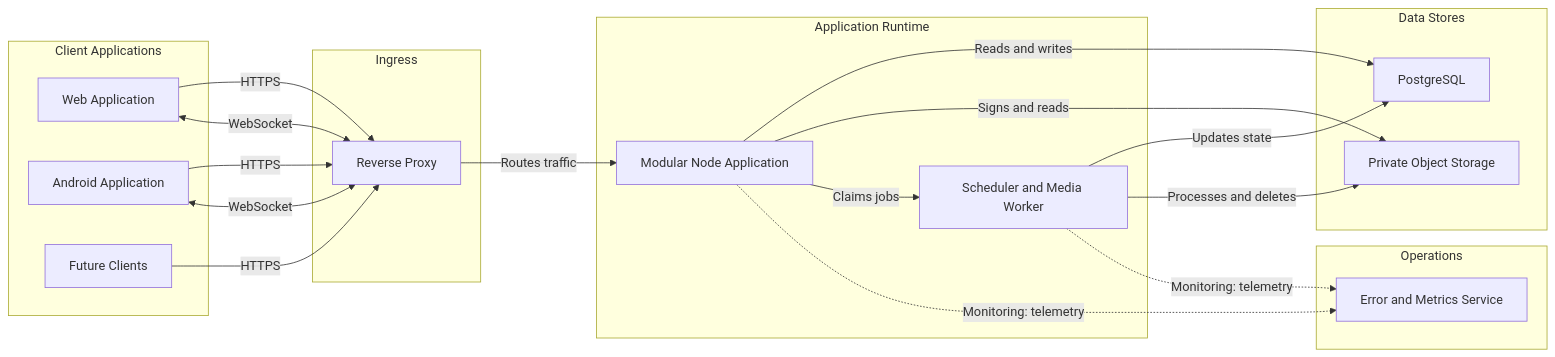
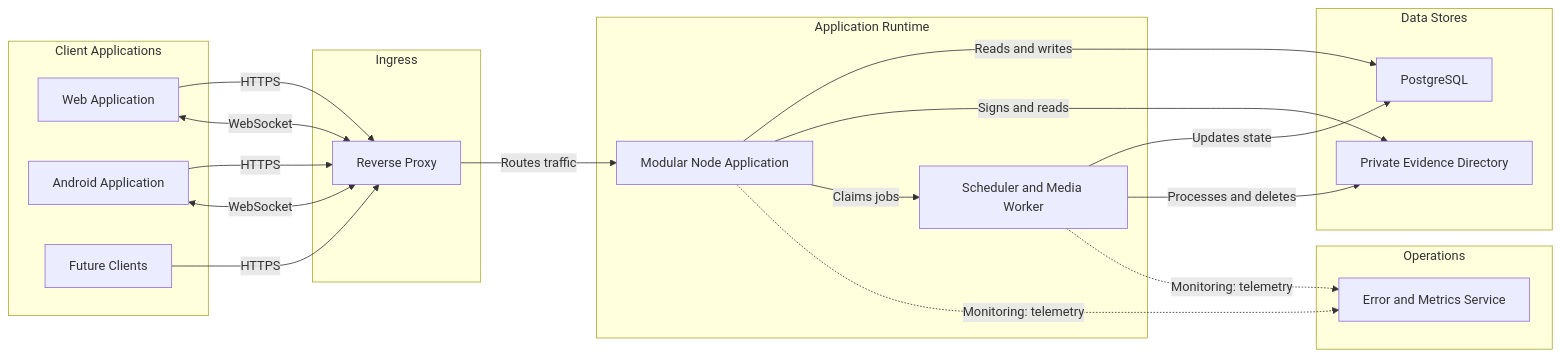
The diagram in docs/ARCHITECTURE.md (VivekYadav-77/Imposter), drawn with Mermaid before and after one commit. The commit also changed other lines of this file and 19 other files, not shown here.

````diff
--- a/docs/ARCHITECTURE.md
+++ b/docs/ARCHITECTURE.md
@@ -15,36 +15,36 @@
 ```mermaid
 flowchart LR
     subgraph client ["Client Applications"]
         web[Web Application]
         android[Android Application]
         future[Future Clients]
     end
     subgraph gateway ["Ingress"]
         proxy[Reverse Proxy]
     end
     subgraph service ["Application Runtime"]
         app[Modular Node Application]
         worker[Scheduler and Media Worker]
     end
     subgraph datastore ["Data Stores"]
         postgres[PostgreSQL]
-        objects[Private Object Storage]
+        objects[Private Evidence Directory]
     end
     subgraph external ["Operations"]
         monitoring[Error and Metrics Service]
     end
 
     web -->|"HTTPS"| proxy
     android -->|"HTTPS"| proxy
     future -->|"HTTPS"| proxy
     web <-->|"WebSocket"| proxy
     android <-->|"WebSocket"| proxy
     proxy -->|"Routes traffic"| app
     app -->|"Reads and writes"| postgres
     app -->|"Signs and reads"| objects
     app -->|"Claims jobs"| worker
     worker -->|"Updates state"| postgres
     worker -->|"Processes and deletes"| objects
     app -.->|"Monitoring: telemetry"| monitoring
     worker -.->|"Monitoring: telemetry"| monitoring
 ```
````
